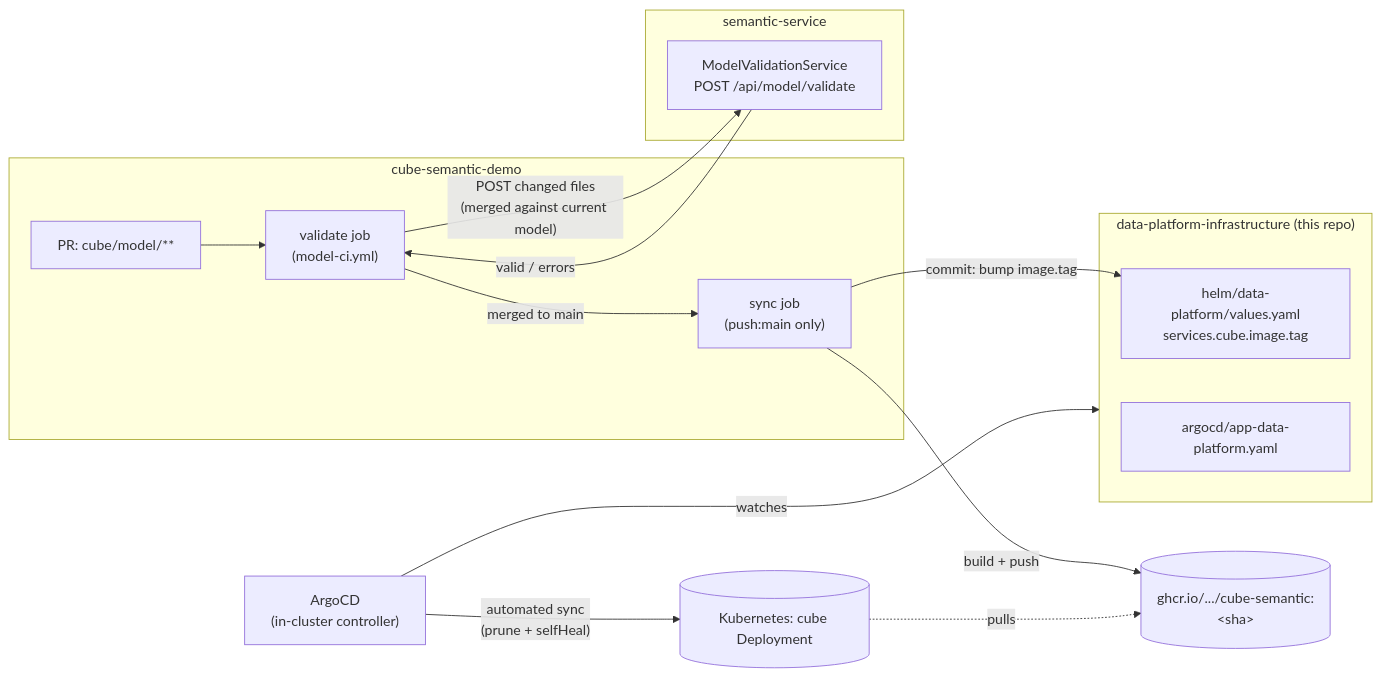
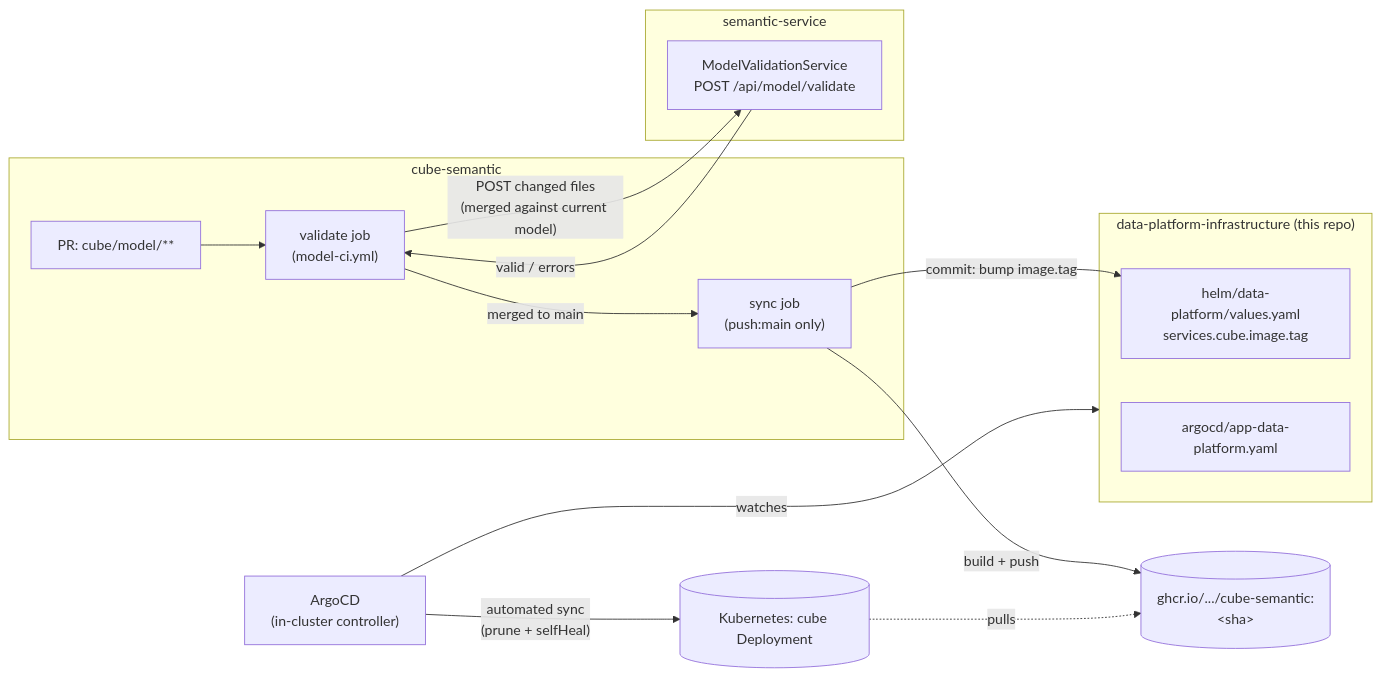
One commit to TuanPhanDuy/data-platform-infrastructure changed the diagram in docs/HLD.md. Above: the diagram before and after it, drawn with Mermaid. The commit also changed other lines of this file and 8 other files, not shown here.

````diff
--- a/docs/HLD.md
+++ b/docs/HLD.md
@@ -34,32 +34,32 @@
 ```mermaid
 flowchart LR
-  subgraph CSD["cube-semantic-demo"]
+  subgraph CSD["cube-semantic"]
     PR["PR: cube/model/**"]
     VALIDATE["validate job<br/>(model-ci.yml)"]
     SYNC["sync job<br/>(push:main only)"]
     PR --> VALIDATE
     VALIDATE -->|merged to main| SYNC
   end
 
   subgraph SEM["semantic-service"]
     MVS["ModelValidationService<br/>POST /api/model/validate"]
   end
 
   GHCR[("ghcr.io/.../cube-semantic:&lt;sha&gt;")]
 
   subgraph INFRA["data-platform-infrastructure (this repo)"]
     VALUES["helm/data-platform/values.yaml<br/>services.cube.image.tag"]
     ARGOAPP["argocd/app-data-platform.yaml"]
   end
 
   ARGOCD["ArgoCD<br/>(in-cluster controller)"]
   K8S[("Kubernetes: cube Deployment")]
 
   VALIDATE -- "POST changed files\n(merged against current model)" --> MVS
   MVS -- "valid / errors" --> VALIDATE
   SYNC -- "build + push" --> GHCR
   SYNC -- "commit: bump image.tag" --> VALUES
   ARGOCD -- "watches" --> INFRA
   ARGOCD -- "automated sync\n(prune + selfHeal)" --> K8S
   K8S -. "pulls" .-> GHCR
 ```
````
